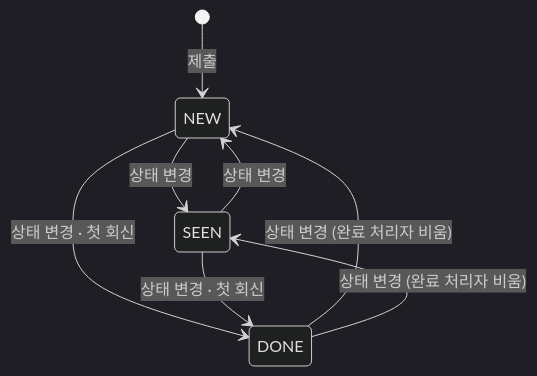
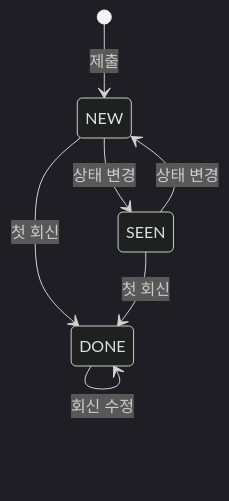
Before and after one commit to StudyClub-PlusPlus/studyclub-engineering: the diagram in specs/feedback/spec.md, drawn with Mermaid (dark theme). The commit also changed other lines of this file and 3 other files, not shown here.

````diff
--- a/specs/feedback/spec.md
+++ b/specs/feedback/spec.md
@@ -55,10 +55,9 @@
 ```mermaid
 stateDiagram-v2
     [*] --> NEW : 제출
     NEW --> SEEN : 상태 변경
-    NEW --> DONE : 상태 변경 · 첫 회신
-    SEEN --> DONE : 상태 변경 · 첫 회신
     SEEN --> NEW : 상태 변경
-    DONE --> NEW : 상태 변경 (완료 처리자 비움)
-    DONE --> SEEN : 상태 변경 (완료 처리자 비움)
+    NEW --> DONE : 첫 회신
+    SEEN --> DONE : 첫 회신
+    DONE --> DONE : 회신 수정
 ```
````
